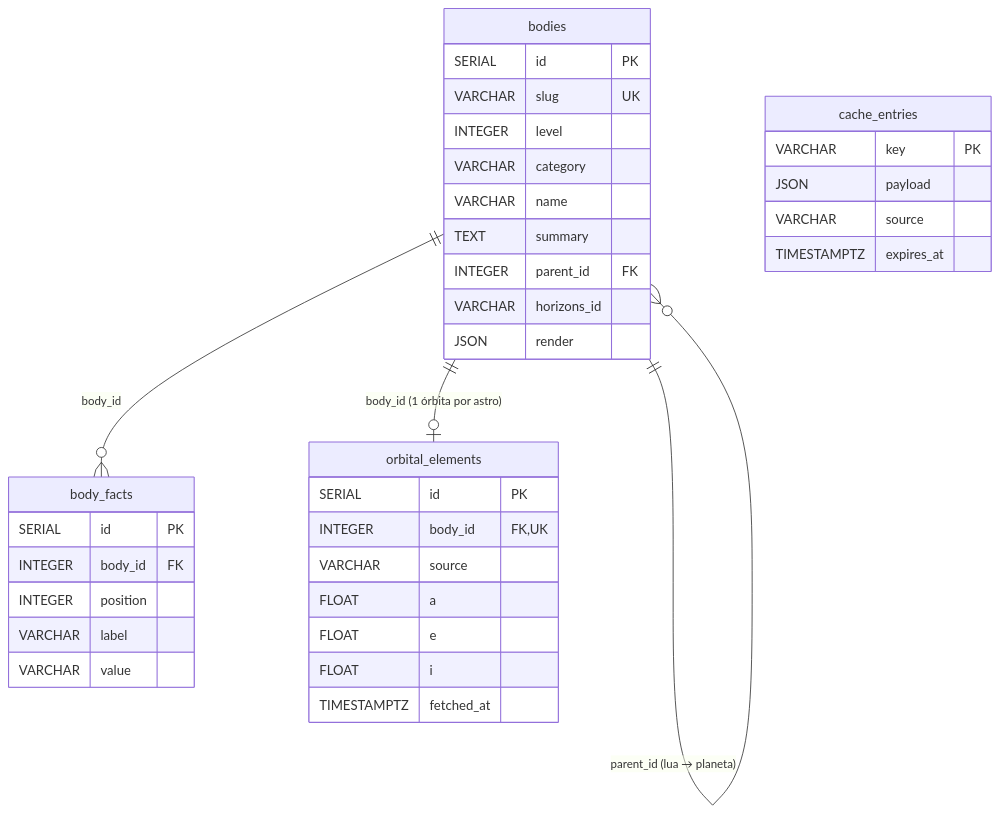
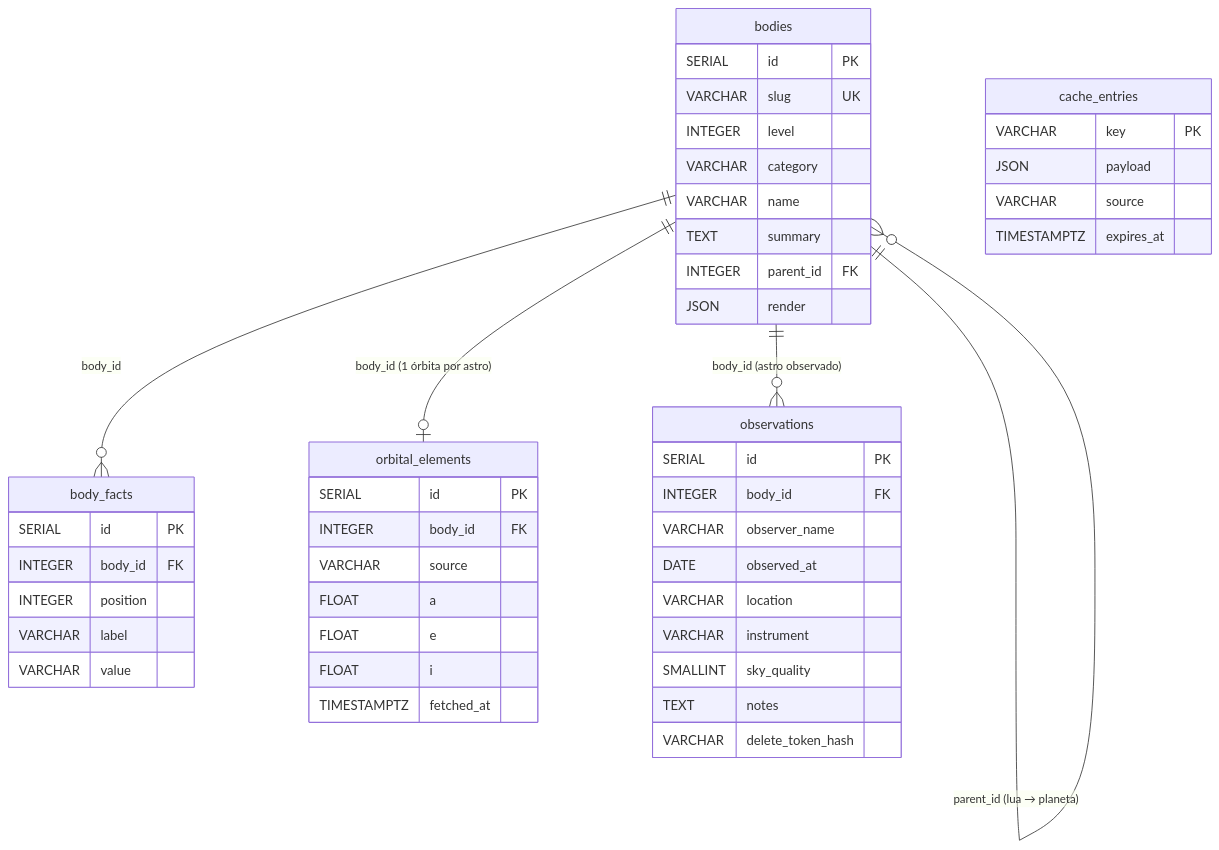
Before and after one commit to anacarlavelten/atlas_dos_cosmos: the second of 2 diagrams in Documentacao.md, drawn with Mermaid. The commit also changed other lines of this file and 58 other files, not shown here.

````diff
--- a/Documentacao.md
+++ b/Documentacao.md
@@ -195,40 +224,51 @@
 ```mermaid
 erDiagram
     bodies ||--o{ bodies : "parent_id (lua → planeta)"
     bodies ||--o{ body_facts : "body_id"
     bodies ||--o| orbital_elements : "body_id (1 órbita por astro)"
+    bodies ||--o{ observations : "body_id (astro observado)"
 
     bodies {
         SERIAL id PK
         VARCHAR slug UK
         INTEGER level
         VARCHAR category
         VARCHAR name
         TEXT summary
         INTEGER parent_id FK
-        VARCHAR horizons_id
         JSON render
     }
     body_facts {
         SERIAL id PK
         INTEGER body_id FK
         INTEGER position
         VARCHAR label
         VARCHAR value
     }
     orbital_elements {
         SERIAL id PK
-        INTEGER body_id FK,UK
+        INTEGER body_id FK
         VARCHAR source
         FLOAT a
         FLOAT e
         FLOAT i
         TIMESTAMPTZ fetched_at
+    }
+    observations {
+        SERIAL id PK
+        INTEGER body_id FK
+        VARCHAR observer_name
+        DATE observed_at
+        VARCHAR location
+        VARCHAR instrument
+        SMALLINT sky_quality
+        TEXT notes
+        VARCHAR delete_token_hash
     }
     cache_entries {
         VARCHAR key PK
         JSON payload
         VARCHAR source
         TIMESTAMPTZ expires_at
     }
 ```
````
